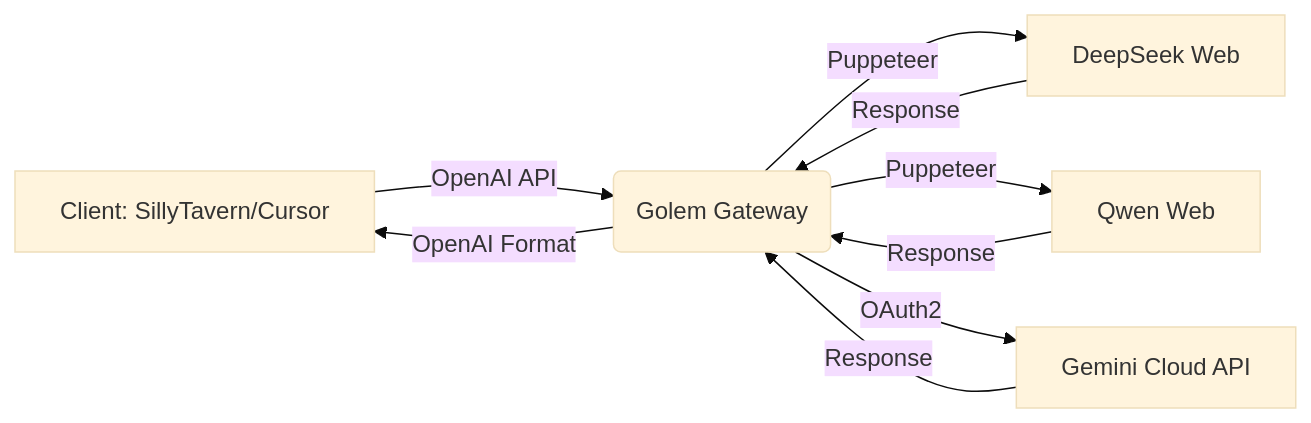
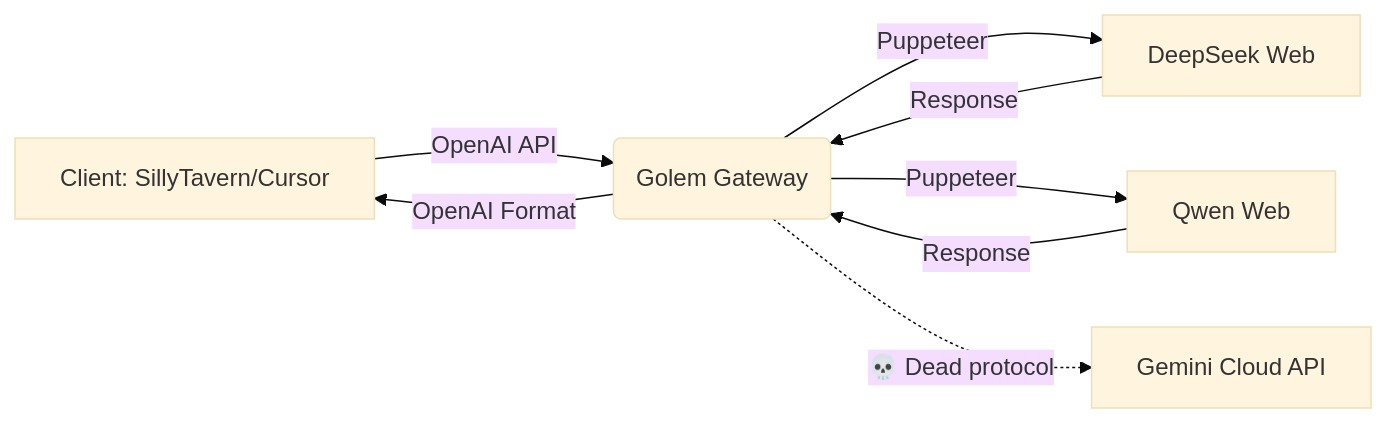
One commit to GrishaDeLumiere/golem-gateway changed the diagram in README.en.md. Above: the diagram before and after it, drawn with Mermaid (base theme). The commit also changed other lines of this file and 14 other files, not shown here.

````diff
--- a/README.en.md
+++ b/README.en.md
@@ -47,8 +47,8 @@
 ```mermaid
 graph LR
  A[Client: SillyTavern/Cursor] -->|OpenAI API | B(Golem Gateway)
  B -->|Puppeteer| C[DeepSeek Web]
  B -->|Puppeteer| D[Qwen Web]
- B -->|OAuth2| E[Gemini Cloud API]
- C & D & E -->|Response| B -->|OpenAI Format| A
+ B -.->|💀 Dead protocol| E[Gemini Cloud API]
+ C & D -->|Response| B -->|OpenAI Format| A
 ```
````
